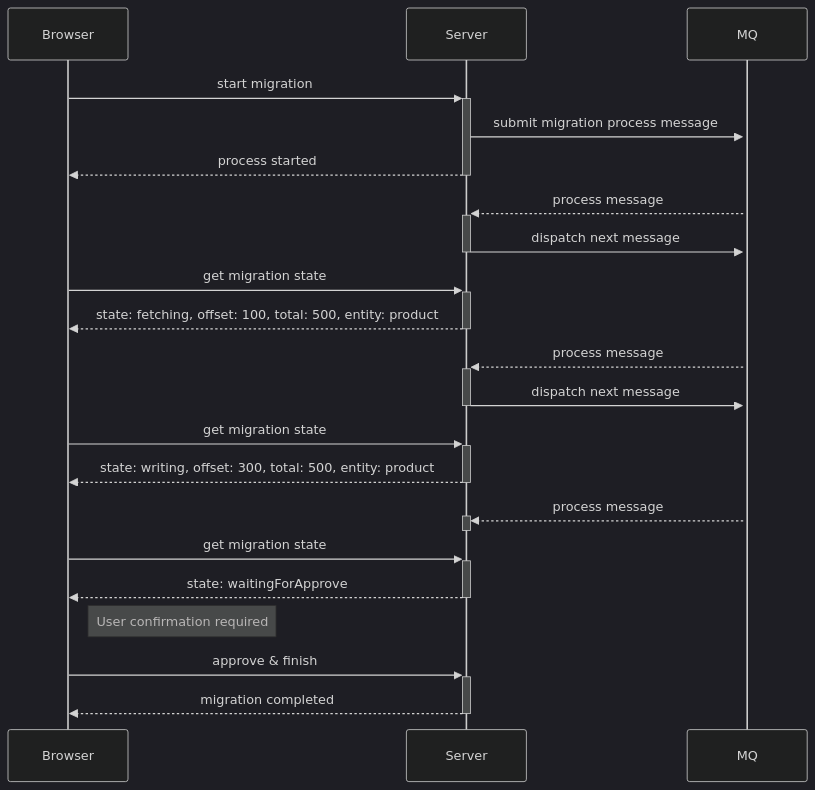
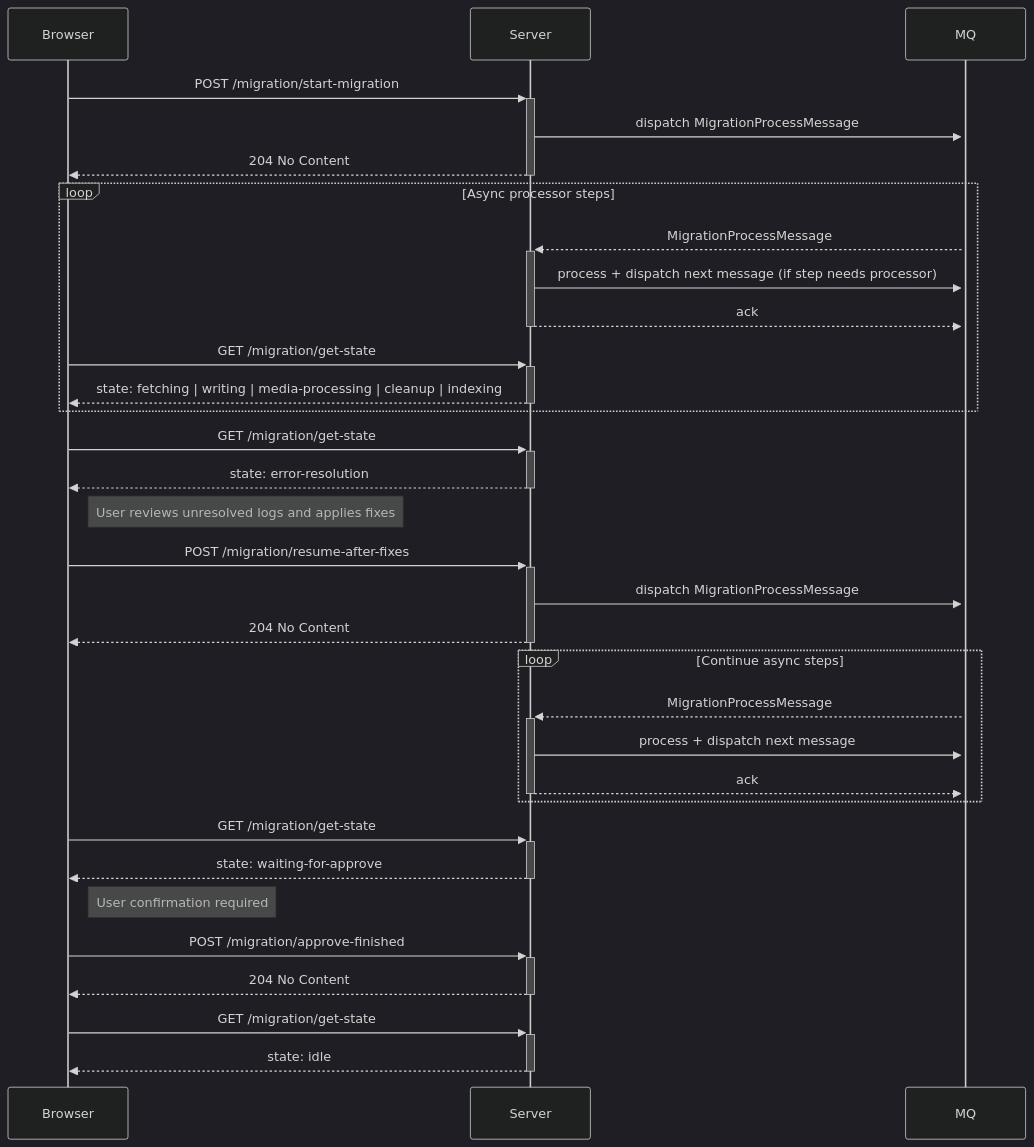
Before and after one commit to shopware/docs: the first of 2 diagrams in products/extensions/migration-assistant/concept/index.md, drawn with Mermaid (dark theme). The commit also changed other lines of this file and 5 other files, not shown here.

````diff
--- a/products/extensions/migration-assistant/concept/index.md
+++ b/products/extensions/migration-assistant/concept/index.md
@@ -76,29 +82,45 @@
 ```mermaid
 sequenceDiagram
+  participant Browser
+  participant Server
+  participant MQ
 
-  Browser->>+Server: start migration
-  Server->>+MQ: submit migration process message
-  Server-->>-Browser: process started
+  Browser->>+Server: POST /migration/start-migration
+  Server->>+MQ: dispatch MigrationProcessMessage
+  Server-->>-Browser: 204 No Content
 
-  MQ-->>+Server: process message
-  Server->>-MQ: dispatch next message
+  loop Async processor steps
+    MQ-->>+Server: MigrationProcessMessage
+    Server->>MQ: process + dispatch next message (if step needs processor)
+    Server-->>-MQ: ack
 
-  Browser->>+Server: get migration state
-  Server-->>-Browser: state: fetching, offset: 100, total: 500, entity: product
+    Browser->>+Server: GET /migration/get-state
+    Server-->>-Browser: state: fetching | writing | media-processing | cleanup | indexing
+  end
 
-  MQ-->>+Server: process message
-  Server->>-MQ: dispatch next message
+  Browser->>+Server: GET /migration/get-state
+  Server-->>-Browser: state: error-resolution
 
-  Browser->>+Server: get migration state
-  Server-->>-Browser: state: writing, offset: 300, total: 500, entity: product
+  Note right of Browser: User reviews unresolved logs and applies fixes
 
-  MQ-->>+Server: process message
-  deactivate Server
+  Browser->>+Server: POST /migration/resume-after-fixes
+  Server->>+MQ: dispatch MigrationProcessMessage
+  Server-->>-Browser: 204 No Content
 
-  Browser->>+Server: get migration state
-  Server-->>-Browser: state: waitingForApprove
+  loop Continue async steps
+    MQ-->>+Server: MigrationProcessMessage
+    Server->>MQ: process + dispatch next message
+    Server-->>-MQ: ack
+  end
+
+  Browser->>+Server: GET /migration/get-state
+  Server-->>-Browser: state: waiting-for-approve
 
   Note right of Browser: User confirmation required
-  Browser->>+Server: approve & finish
-  Server-->>-Browser: migration completed
+
+  Browser->>+Server: POST /migration/approve-finished
+  Server-->>-Browser: 204 No Content
+
+  Browser->>+Server: GET /migration/get-state
+  Server-->>-Browser: state: idle
 ```
````
